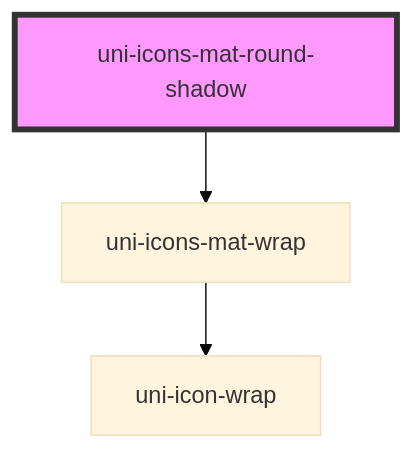
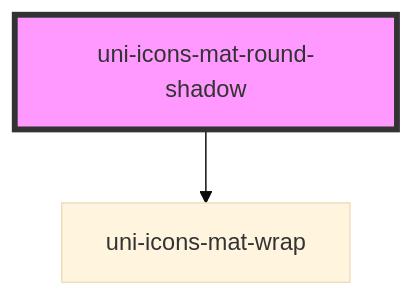
The diagram in src/components/icons-mat/round/@shadow/readme.md (uiwebkit/icons), drawn with Mermaid (base theme) before and after one commit. The commit also changed other lines of this file and 78 other files, not shown here.

````diff
--- a/src/components/icons-mat/round/@shadow/readme.md
+++ b/src/components/icons-mat/round/@shadow/readme.md
@@ -28,6 +28,5 @@
 ```mermaid
 graph TD;
   uni-icons-mat-round-shadow --> uni-icons-mat-wrap
-  uni-icons-mat-wrap --> uni-icon-wrap
   style uni-icons-mat-round-shadow fill:#f9f,stroke:#333,stroke-width:4px
 ```
````
